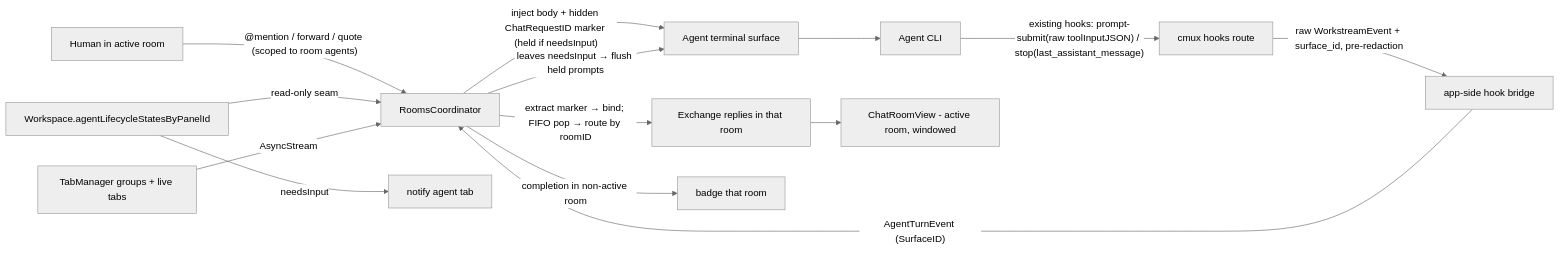
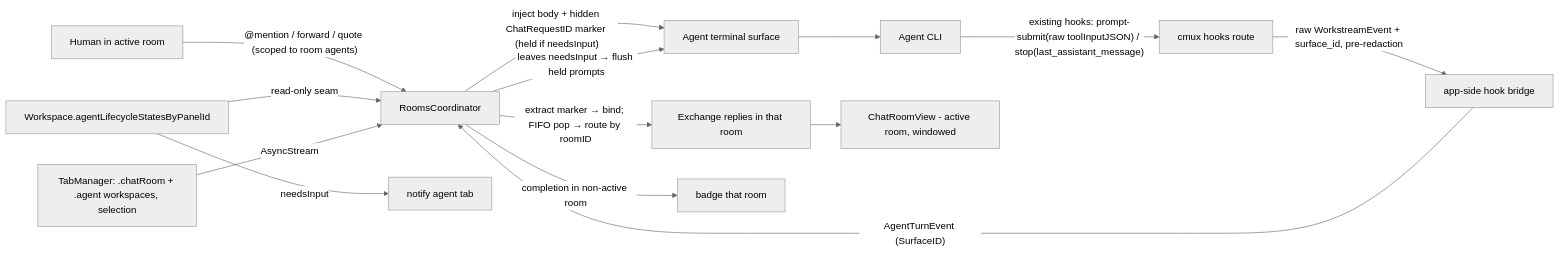
Before and after one commit to dylanliu8949/cmux_chat_room: the diagram in docs/superpowers/specs/2026-06-06-cmux-ai-chat-room-design.md, drawn with Mermaid (neutral theme). The commit also changed other lines of this file, not shown here.

First line of the commit message:
Spec: decouple ChatRoomID from workspace id; rooms derived not owned

````diff
--- a/docs/superpowers/specs/2026-06-06-cmux-ai-chat-room-design.md
+++ b/docs/superpowers/specs/2026-06-06-cmux-ai-chat-room-design.md
@@ -416,16 +435,16 @@
 ```mermaid
 flowchart LR
   U[Human in active room] -- "@mention / forward / quote (scoped to room agents)" --> CO[RoomsCoordinator]
   CO -- "inject body + hidden ChatRequestID marker (held if needsInput)" --> SURF[Agent terminal surface]
   SURF --> AG[Agent CLI]
   AG -- "existing hooks: prompt-submit(raw toolInputJSON) / stop(last_assistant_message)" --> HK[cmux hooks route]
   HK -- "raw WorkstreamEvent + surface_id, pre-redaction" --> APP[app-side hook bridge]
   APP -- "AgentTurnEvent (SurfaceID)" --> CO
   CO -- "extract marker → bind; FIFO pop → route by roomID" --> EX[Exchange replies in that room]
   EX --> UI[ChatRoomView - active room, windowed]
   LC[Workspace.agentLifecycleStatesByPanelId] -- read-only seam --> CO
   CO -- "leaves needsInput → flush held prompts" --> SURF
-  TM[TabManager groups + live tabs] -- AsyncStream --> CO
+  TM[TabManager: .chatRoom + .agent workspaces, selection] -- AsyncStream --> CO
   CO -- "completion in non-active room" --> NCH[badge that room]
   LC -- needsInput --> NAG[notify agent tab]
 ```
````
